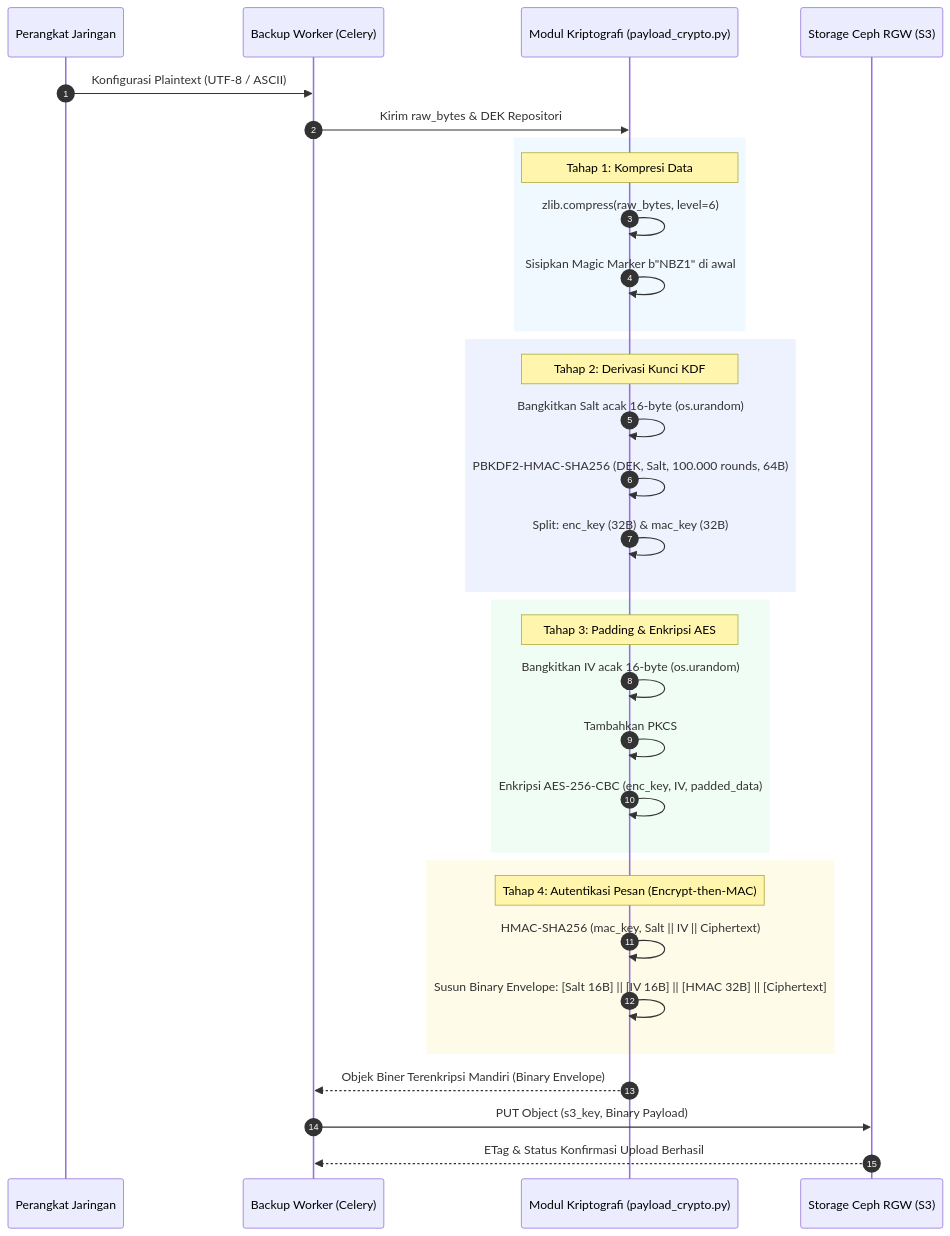
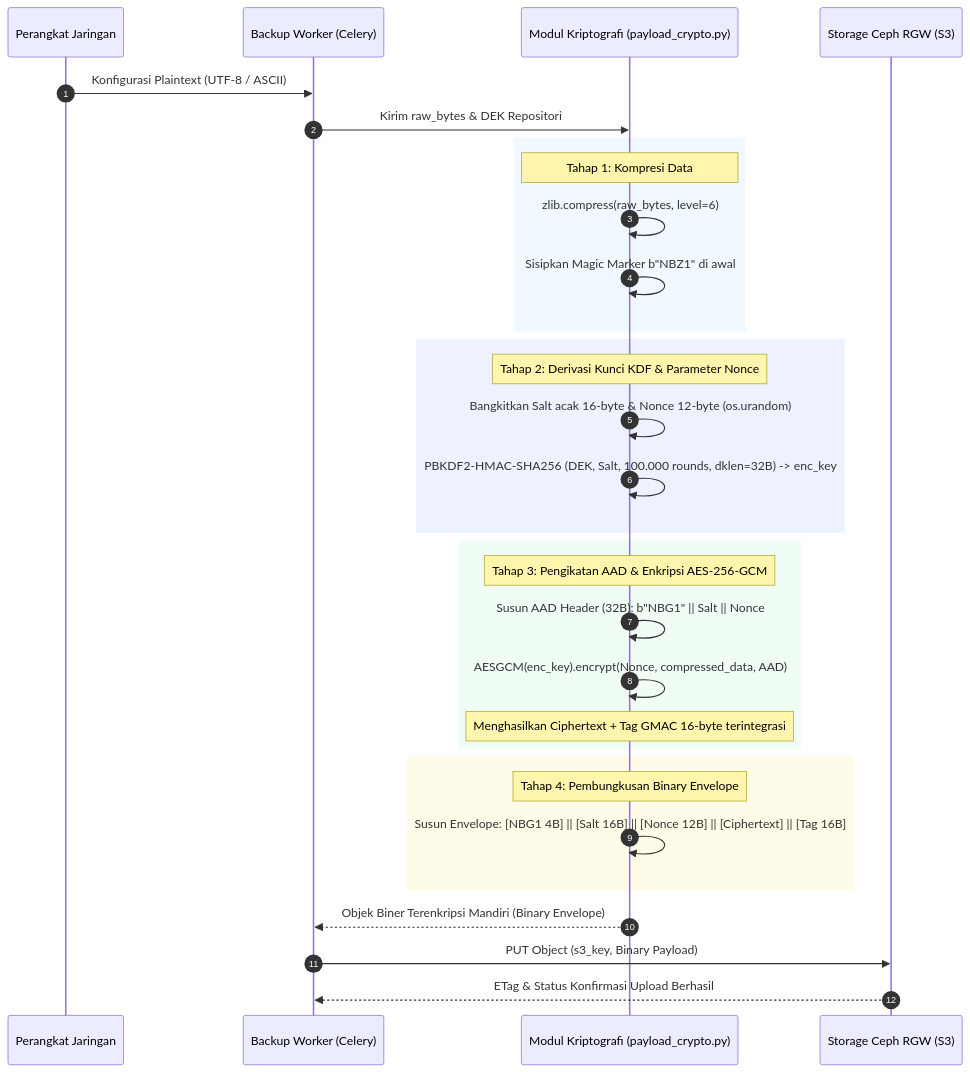
The fifth of 6 diagrams in docs/DOKUMENTASI-LENGKAP-SISTEM-NETBACKUP.md (NugrohoAdySusanto/network-backup), drawn with Mermaid before and after one commit. The commit also changed other lines of this file and 13 other files, not shown here.

Commit message:
feat: migrate payload encryption to AES-256-GCM AEAD with AAD envelope binding

````diff
--- a/docs/DOKUMENTASI-LENGKAP-SISTEM-NETBACKUP.md
+++ b/docs/DOKUMENTASI-LENGKAP-SISTEM-NETBACKUP.md
@@ -953,41 +952,39 @@
 ```mermaid
 sequenceDiagram
     autonumber
     participant DEV as Perangkat Jaringan
     participant WRK as Backup Worker (Celery)
     participant SEC as Modul Kriptografi (payload_crypto.py)
     participant S3 as Storage Ceph RGW (S3)
 
     DEV->>WRK: Konfigurasi Plaintext (UTF-8 / ASCII)
     WRK->>SEC: Kirim raw_bytes & DEK Repositori
     
     rect rgb(240, 249, 255)
         Note over SEC: Tahap 1: Kompresi Data
         SEC->>SEC: zlib.compress(raw_bytes, level=6)
         SEC->>SEC: Sisipkan Magic Marker b"NBZ1" di awal
     end
     
     rect rgb(238, 242, 255)
-        Note over SEC: Tahap 2: Derivasi Kunci KDF
-        SEC->>SEC: Bangkitkan Salt acak 16-byte (os.urandom)
-        SEC->>SEC: PBKDF2-HMAC-SHA256 (DEK, Salt, 100.000 rounds, 64B)
-        SEC->>SEC: Split: enc_key (32B) & mac_key (32B)
+        Note over SEC: Tahap 2: Derivasi Kunci KDF & Parameter Nonce
+        SEC->>SEC: Bangkitkan Salt acak 16-byte & Nonce 12-byte (os.urandom)
+        SEC->>SEC: PBKDF2-HMAC-SHA256 (DEK, Salt, 100.000 rounds, dklen=32B) -> enc_key
     end
     
     rect rgb(240, 253, 244)
-        Note over SEC: Tahap 3: Padding & Enkripsi AES
-        SEC->>SEC: Bangkitkan IV acak 16-byte (os.urandom)
-        SEC->>SEC: Tambahkan PKCS#7 Padding (kelipatan 16B)
-        SEC->>SEC: Enkripsi AES-256-CBC (enc_key, IV, padded_data)
+        Note over SEC: Tahap 3: Pengikatan AAD & Enkripsi AES-256-GCM
+        SEC->>SEC: Susun AAD Header (32B): b"NBG1" || Salt || Nonce
+        SEC->>SEC: AESGCM(enc_key).encrypt(Nonce, compressed_data, AAD)
+        Note over SEC: Menghasilkan Ciphertext + Tag GMAC 16-byte terintegrasi
     end
     
     rect rgb(254, 252, 232)
-        Note over SEC: Tahap 4: Autentikasi Pesan (Encrypt-then-MAC)
-        SEC->>SEC: HMAC-SHA256 (mac_key, Salt || IV || Ciphertext)
-        SEC->>SEC: Susun Binary Envelope: [Salt 16B] || [IV 16B] || [HMAC 32B] || [Ciphertext]
+        Note over SEC: Tahap 4: Pembungkusan Binary Envelope
+        SEC->>SEC: Susun Envelope: [NBG1 4B] || [Salt 16B] || [Nonce 12B] || [Ciphertext] || [Tag 16B]
     end
     
     SEC-->>WRK: Objek Biner Terenkripsi Mandiri (Binary Envelope)
     WRK->>S3: PUT Object (s3_key, Binary Payload)
     S3-->>WRK: ETag & Status Konfirmasi Upload Berhasil
 ```
````
